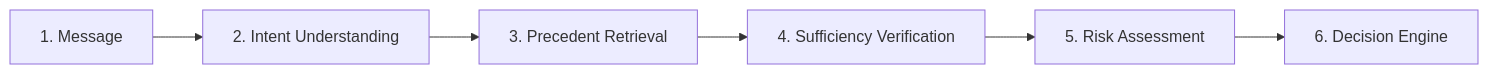
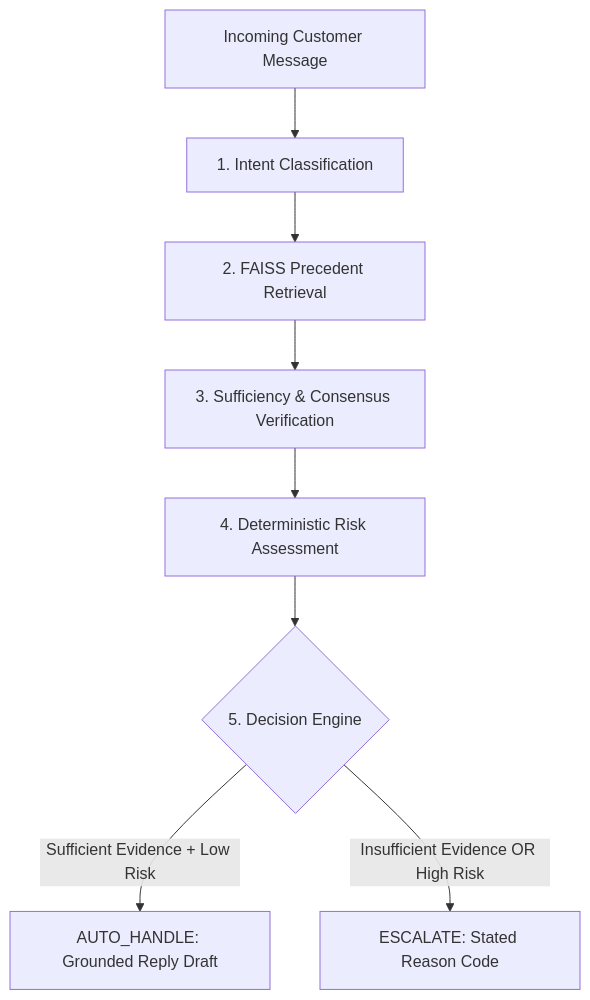
The first of 2 diagrams in README.md (Vaishnavidasyam/hiver-ai-support-agent), drawn with Mermaid before and after one commit. The commit also changed other lines of this file and 4 other files, not shown here.

````diff
--- a/README.md
+++ b/README.md
@@ -67,8 +90,10 @@
 ```mermaid
-graph LR
-    A[1. Message] --> B[2. Intent Understanding]
-    B --> C[3. Precedent Retrieval]
-    C --> D[4. Sufficiency Verification]
-    D --> E[5. Risk Assessment]
-    E --> F[6. Decision Engine]
+graph TD
+    M[Incoming Customer Message] --> I[1. Intent Classification]
+    I --> R[2. FAISS Precedent Retrieval]
+    R --> S[3. Sufficiency & Consensus Verification]
+    S --> K[4. Deterministic Risk Assessment]
+    K --> D{5. Decision Engine}
+    D -->|Sufficient Evidence + Low Risk| AH[AUTO_HANDLE: Grounded Reply Draft]
+    D -->|Insufficient Evidence OR High Risk| ES[ESCALATE: Stated Reason Code]
 ```
````
